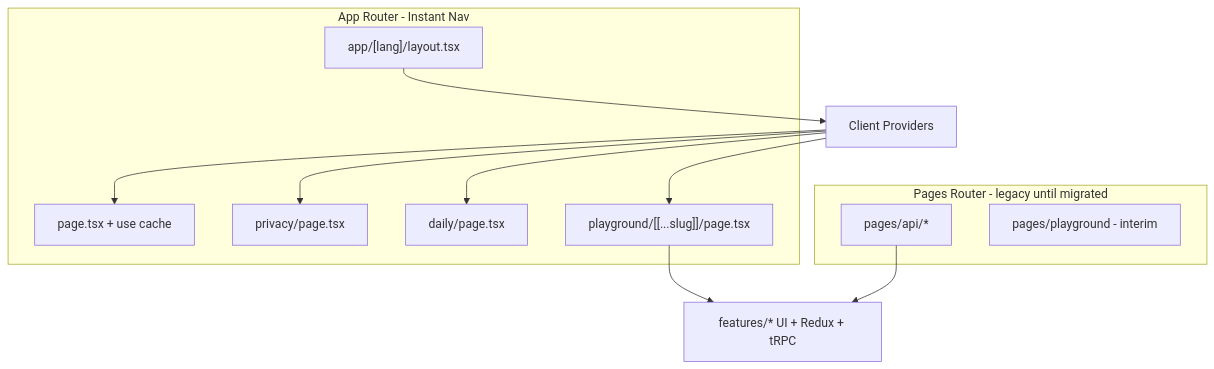
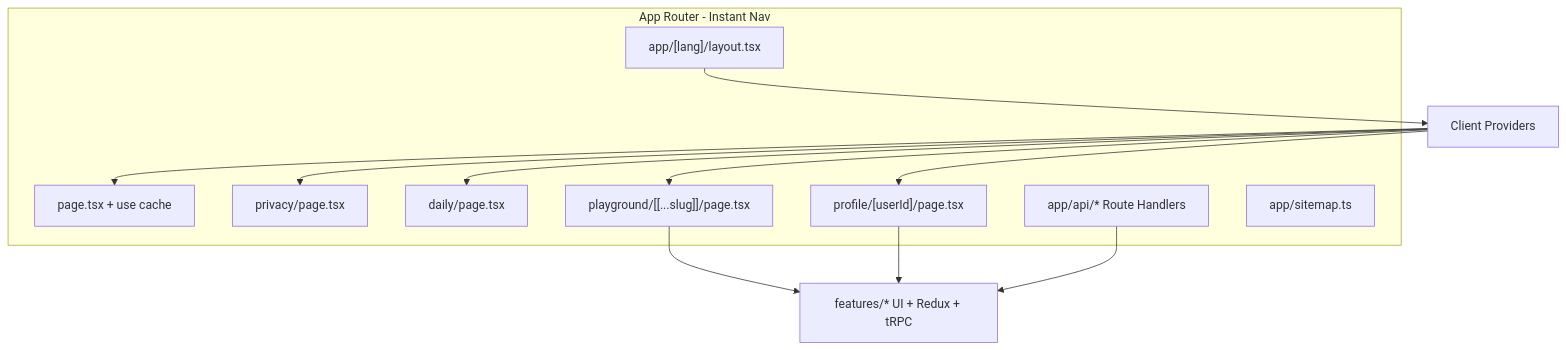
The diagram in vibe-docs/Instant-Navigations-Design.md (mkayander/dStruct), drawn with Mermaid before and after one commit. The commit also changed other lines of this file and 26 other files, not shown here.

First line of the commit message:
feat(p10): App Router hardening — generateStaticParams + profile instant (#185)

````diff
--- a/vibe-docs/Instant-Navigations-Design.md
+++ b/vibe-docs/Instant-Navigations-Design.md
@@ -134,26 +134,26 @@
 ```mermaid
 flowchart TD
   subgraph appRouter [App Router - Instant Nav]
     LangLayout["app/[lang]/layout.tsx"]
     Home["page.tsx + use cache"]
     Privacy["privacy/page.tsx"]
     Daily["daily/page.tsx"]
     PlaygroundApp["playground/[[...slug]]/page.tsx"]
-  end
-
-  subgraph pagesRouter [Pages Router - legacy until migrated]
-    API["pages/api/*"]
-    MaybePlayground["pages/playground - interim"]
+    ProfileApp["profile/[userId]/page.tsx"]
+    API["app/api/* Route Handlers"]
+    Sitemap["app/sitemap.ts"]
   end
 
   Providers["Client Providers"]
   Features["features/* UI + Redux + tRPC"]
 
   LangLayout --> Providers
   Providers --> Home
   Providers --> Privacy
   Providers --> Daily
   Providers --> PlaygroundApp
+  Providers --> ProfileApp
   PlaygroundApp --> Features
+  ProfileApp --> Features
   API --> Features
 ```
````
